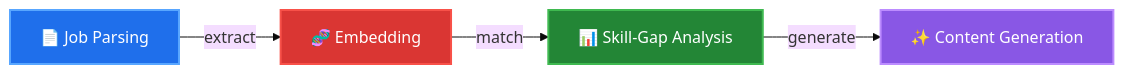
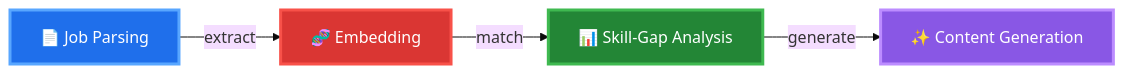
Before and after one commit to Akash-Kadali/Akash-Kadali: the diagram in README.md, drawn with Mermaid (base theme). The commit also changed other lines of this file, not shown here.

````diff
--- a/README.md
+++ b/README.md
@@ -337,11 +374,11 @@
 ```mermaid
 graph LR
     A["📄 Job Parsing"] -->|extract| B["🧬 Embedding"]
     B -->|match| C["📊 Skill-Gap Analysis"]
     C -->|generate| D["✨ Content Generation"]
     
-    style A fill:#1f6feb,stroke:#58a6ff,color:#ffffff,stroke-width:2px
-    style B fill:#da3633,stroke:#f85149,color:#ffffff,stroke-width:2px
-    style C fill:#238636,stroke:#3fb950,color:#ffffff,stroke-width:2px
-    style D fill:#8957e5,stroke:#bc8cff,color:#ffffff,stroke-width:2px
+    style A fill:#1f6feb,stroke:#58a6ff,color:#ffffff,stroke-width:3px
+    style B fill:#da3633,stroke:#f85149,color:#ffffff,stroke-width:3px
+    style C fill:#238636,stroke:#3fb950,color:#ffffff,stroke-width:3px
+    style D fill:#8957e5,stroke:#bc8cff,color:#ffffff,stroke-width:3px
 ```
````
